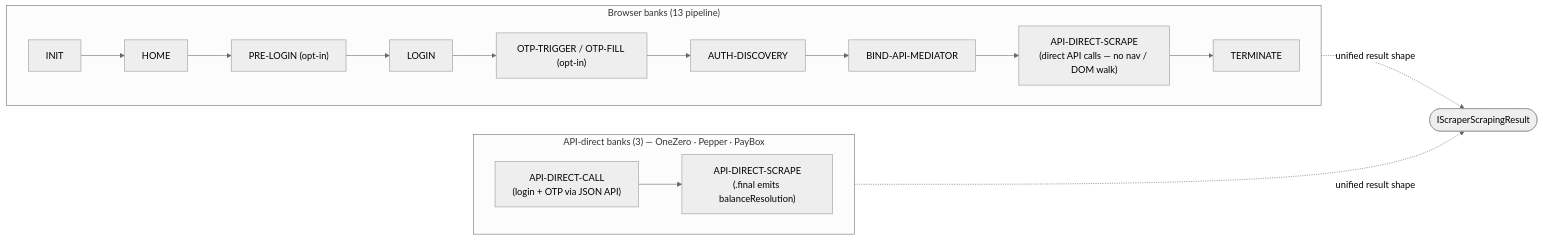
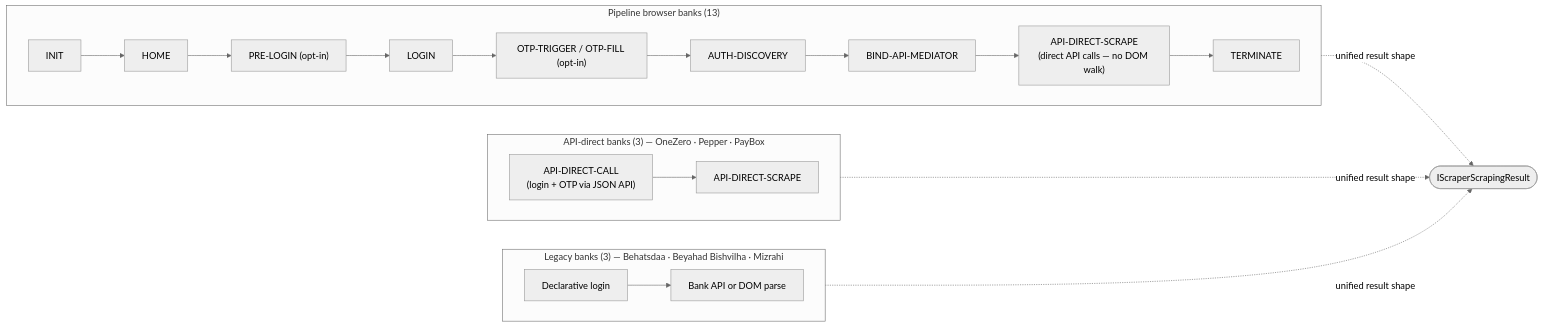
One commit to danielbenzvi/israeli-bank-scrapers changed the diagram in README.md. Above: the diagram before and after it, drawn with Mermaid (neutral theme). The commit also changed other lines of this file and 28 other files, not shown here.

````diff
--- a/README.md
+++ b/README.md
@@ -31,21 +287,27 @@
 ```mermaid
 flowchart LR
-    subgraph BB["Browser banks (13 pipeline)"]
+    subgraph BB["Pipeline browser banks (13)"]
       direction LR
       INIT --> HOME --> PRELOGIN["PRE-LOGIN (opt-in)"]
       PRELOGIN --> LOGIN
       LOGIN --> OTP["OTP-TRIGGER / OTP-FILL (opt-in)"]
       OTP --> AUTH["AUTH-DISCOVERY"]
       AUTH --> BIND["BIND-API-MEDIATOR"]
-      BIND --> SCRAPE["API-DIRECT-SCRAPE<br/>(direct API calls — no nav / DOM walk)"]
+      BIND --> SCRAPE["API-DIRECT-SCRAPE<br/>(direct API calls — no DOM walk)"]
       SCRAPE --> TERM["TERMINATE"]
     end
 
     subgraph API["API-direct banks (3) — OneZero · Pepper · PayBox"]
       direction LR
-      CALL["API-DIRECT-CALL<br/>(login + OTP via JSON API)"] --> SCR["API-DIRECT-SCRAPE<br/>(.final emits balanceResolution)"]
+      CALL["API-DIRECT-CALL<br/>(login + OTP via JSON API)"] --> SCR["API-DIRECT-SCRAPE"]
+    end
+
+    subgraph LEG["Legacy banks (3) — Behatsdaa · Beyahad Bishvilha · Mizrahi"]
+      direction LR
+      LLOGIN["Declarative login"] --> LFETCH["Bank API or DOM parse"]
     end
 
     BB -.->|"unified result shape"| RESULT(["IScraperScrapingResult"])
     API -.->|"unified result shape"| RESULT
+    LEG -.->|"unified result shape"| RESULT
 ```
````
